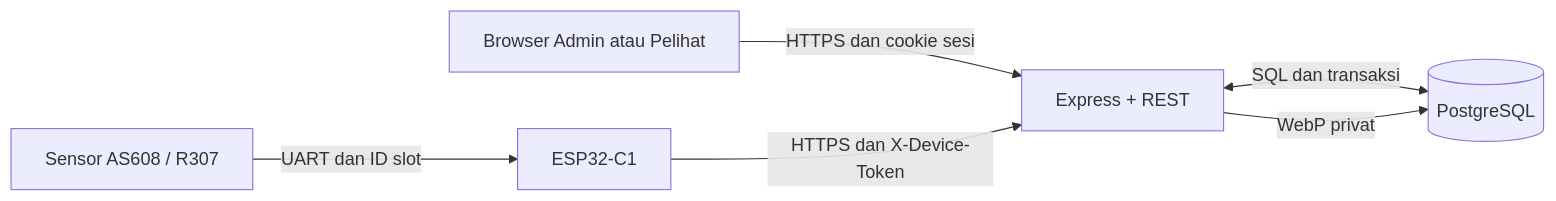
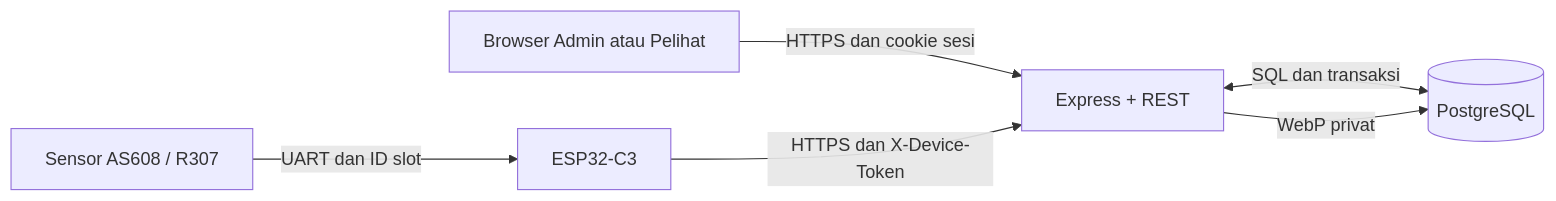
The diagram in ARCHITECTURE.md (Xgamings11X/elite-lab-operations), drawn with Mermaid before and after one commit. The commit also changed other lines of this file and 16 other files, not shown here.

````diff
--- a/ARCHITECTURE.md
+++ b/ARCHITECTURE.md
@@ -3,8 +3,8 @@
 ```mermaid
 flowchart LR
   U[Browser Admin atau Pelihat] -->|HTTPS dan cookie sesi| API[Express + REST]
   API <-->|SQL dan transaksi| DB[(PostgreSQL)]
   API -->|WebP privat| DB
-  S[Sensor AS608 / R307] -->|UART dan ID slot| I[ESP32-C1]
+  S[Sensor AS608 / R307] -->|UART dan ID slot| I[ESP32-C3]
   I -->|HTTPS dan X-Device-Token| API
 ```
````
